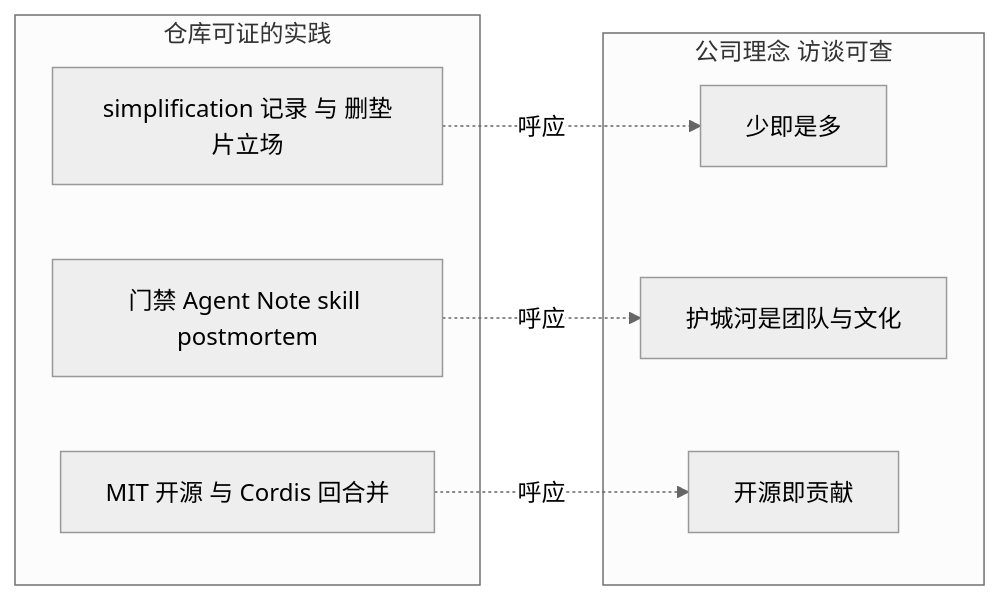
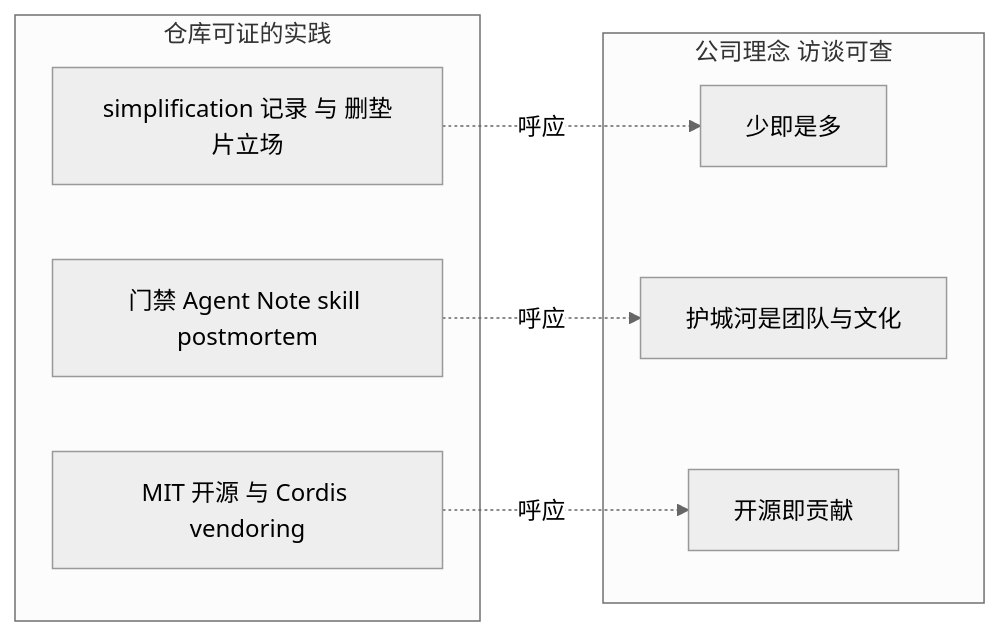
One commit to xiaonancs/deepseek-harness-deep-dive changed the fourth of 4 diagrams in Part III Comparative Analysis/20-AI自举开发与理念映射.md. Above: the diagram before and after it, drawn with Mermaid. The commit also changed other lines of this file and 18 other files, not shown here.

````diff
--- a/Part III Comparative Analysis/20-AI自举开发与理念映射.md
+++ b/Part III Comparative Analysis/20-AI自举开发与理念映射.md
@@ -148,17 +148,17 @@
 ```mermaid
 %%{init: {'theme':'neutral'}}%%
 flowchart LR
   subgraph 实践[仓库可证的实践]
     A1[simplification 记录 与 删垫片立场]
     A2[门禁 Agent Note skill postmortem]
-    A3[MIT 开源 与 Cordis 回合并]
+    A3[MIT 开源 与 Cordis vendoring]
   end
   subgraph 理念[公司理念 访谈可查]
     B1[少即是多]
     B2[护城河是团队与文化]
     B3[开源即贡献]
   end
   A1 -.呼应.-> B1
   A2 -.呼应.-> B2
   A3 -.呼应.-> B3
 ```
````
